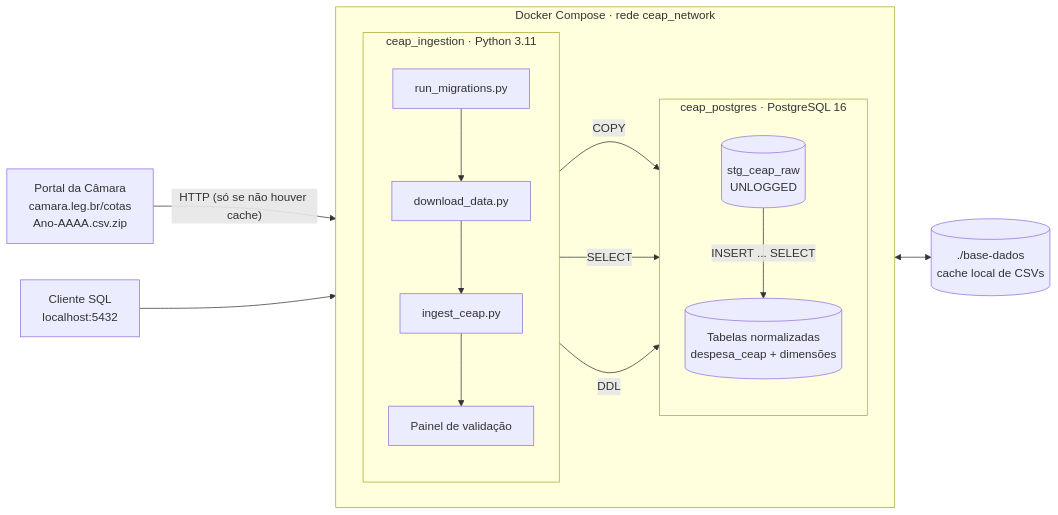
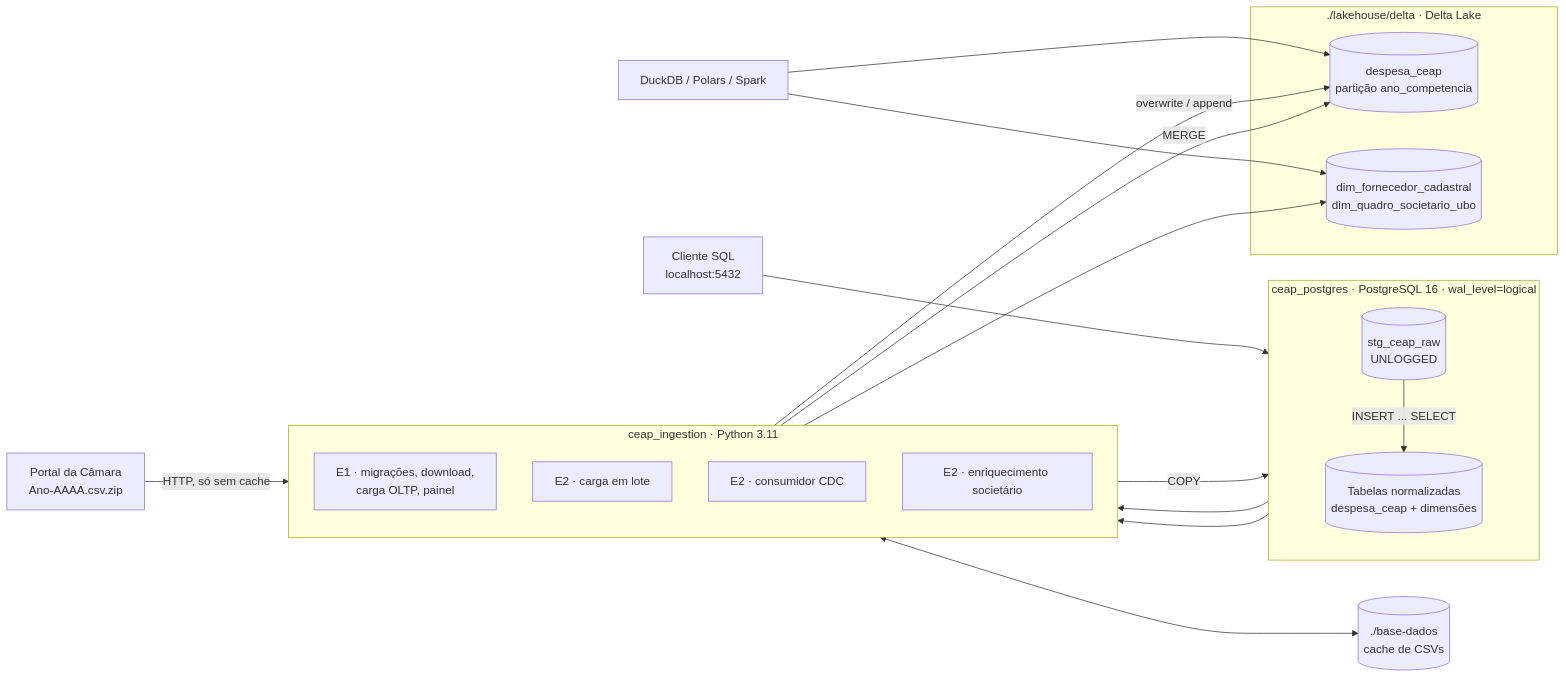
Before and after one commit to taybalau/sbd2-g8-ceap: the diagram in docs/arquitetura.md, drawn with Mermaid. The commit also changed other lines of this file and 11 other files, not shown here.

````diff
--- a/docs/arquitetura.md
+++ b/docs/arquitetura.md
@@ -7,31 +14,34 @@
 ```mermaid
 flowchart LR
-    camara["Portal da Câmara<br/>camara.leg.br/cotas<br/>Ano-AAAA.csv.zip"]
+    camara["Portal da Câmara<br/>Ano-AAAA.csv.zip"]
+    cache[("./base-dados<br/>cache de CSVs")]
 
-    subgraph compose["Docker Compose · rede ceap_network"]
-        direction LR
-        subgraph ing["ceap_ingestion · Python 3.11"]
-            direction TB
-            mig["run_migrations.py"]
-            dl["download_data.py"]
-            load["ingest_ceap.py"]
-            val["Painel de validação"]
-            mig --> dl --> load --> val
-        end
-        subgraph db["ceap_postgres · PostgreSQL 16"]
-            direction TB
-            stg[("stg_ceap_raw<br/>UNLOGGED")]
-            oltp[("Tabelas normalizadas<br/>despesa_ceap + dimensões")]
-            stg -- "INSERT ... SELECT" --> oltp
-        end
+    subgraph db["ceap_postgres · PostgreSQL 16 · wal_level=logical"]
+        direction TB
+        stg[("stg_ceap_raw<br/>UNLOGGED")]
+        oltp[("Tabelas normalizadas<br/>despesa_ceap + dimensões")]
+        stg -- "INSERT ... SELECT" --> oltp
     end
 
-    cache[("./base-dados<br/>cache local de CSVs")]
+    subgraph ing["ceap_ingestion · Python 3.11"]
+        direction TB
+        e1["E1 · migrações, download,<br/>carga OLTP, painel"]
+        e2b["E2 · carga em lote"]
+        e2c["E2 · consumidor CDC"]
+        e2e["E2 · enriquecimento societário"]
+    end
 
-    camara -- "HTTP (só se não houver cache)" --> dl
-    dl <--> cache
-    load -- "COPY" --> stg
-    mig -- "DDL" --> db
-    val -- "SELECT" --> oltp
+    subgraph lake["./lakehouse/delta · Delta Lake"]
+        fato[("despesa_ceap<br/>partição ano_competencia")]
+        dims[("dim_fornecedor_cadastral<br/>dim_quadro_societario_ubo")]
+    end
+
+    camara -- "HTTP, só sem cache" --> e1
+    e1 <--> cache
+    e1 -- "COPY" --> stg
+    oltp --> e2b -- "overwrite / append" --> fato
+    oltp --> e2c -- "MERGE" --> fato
+    e2e --> dims
+    duck["DuckDB / Polars / Spark"] --> fato & dims
     user["Cliente SQL<br/>localhost:5432"] --> oltp
 ```
````
